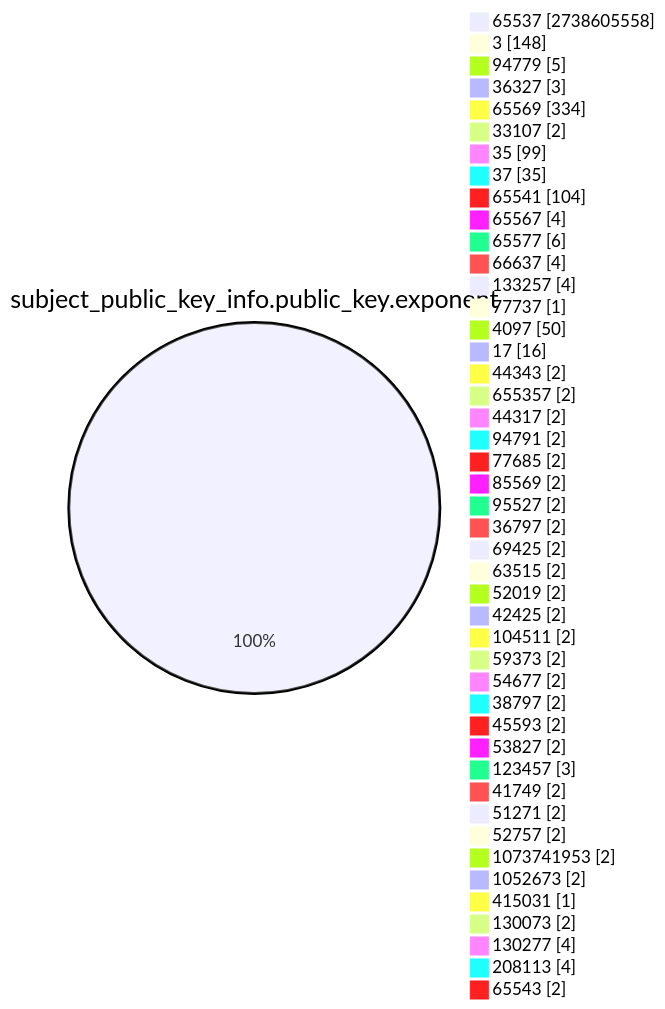
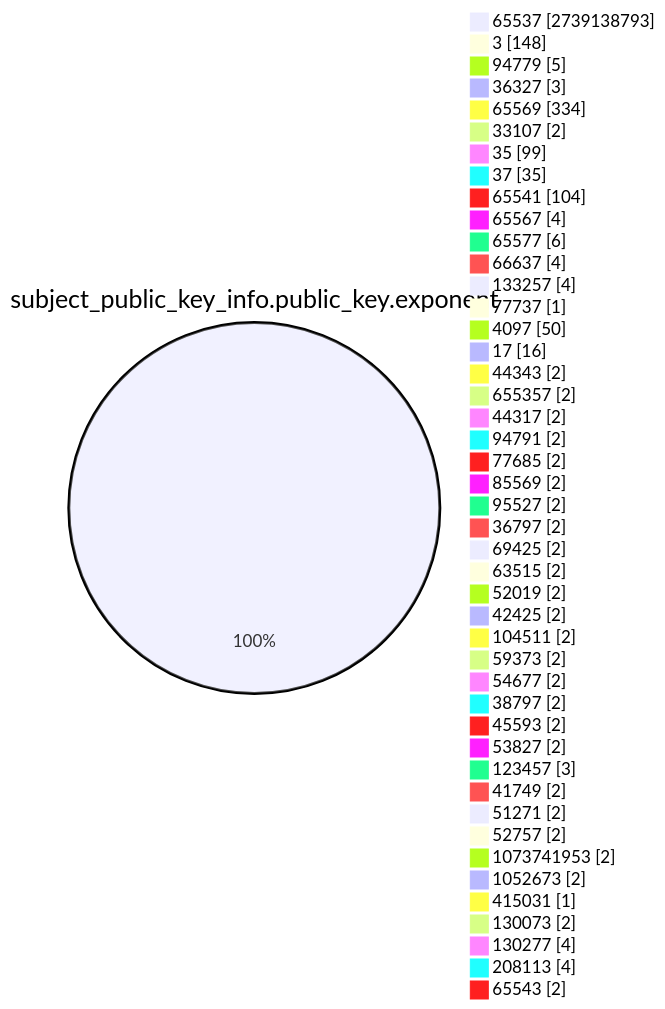
The fourth of 15 diagrams in TOTAL/README.md (christiankrug/ctmonitor_visualization), drawn with Mermaid before and after one commit. The commit also changed other lines of this file, not shown here.

````diff
--- a/TOTAL/README.md
+++ b/TOTAL/README.md
@@ -1467,49 +1467,49 @@
 ```mermaid
 pie showData
 title subject_public_key_info.public_key.exponent
-"65537" :2738605558
+"65537" :2739138793
 "3" :148
 "94779" :5
 "36327" :3
 "65569" :334
 "33107" :2
 "35" :99
 "37" :35
 "65541" :104
 "65567" :4
 "65577" :6
 "66637" :4
 "133257" :4
 "77737" :1
 "4097" :50
 "17" :16
 "44343" :2
 "655357" :2
 "44317" :2
 "94791" :2
 "77685" :2
 "85569" :2
 "95527" :2
 "36797" :2
 "69425" :2
 "63515" :2
 "52019" :2
 "42425" :2
 "104511" :2
 "59373" :2
 "54677" :2
 "38797" :2
 "45593" :2
 "53827" :2
 "123457" :3
 "41749" :2
 "51271" :2
 "52757" :2
 "1073741953" :2
 "1052673" :2
 "415031" :1
 "130073" :2
 "130277" :4
 "208113" :4
 "65543" :2
 ```
````
